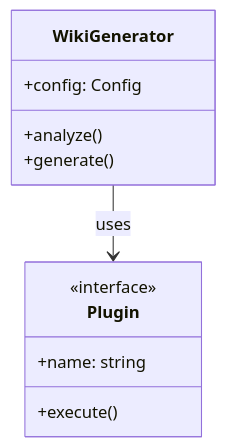
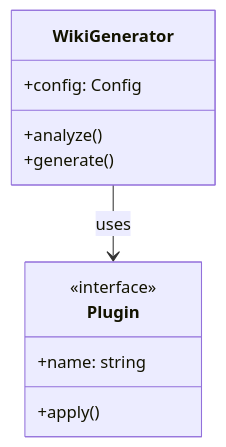
One commit to trsoliu/mini-wiki changed the first of 2 diagrams in plugins/diagram-plus/PLUGIN.md. Above: the diagram before and after it, drawn with Mermaid. The commit also changed other lines of this file and 159 other files, not shown here.

````diff
--- a/plugins/diagram-plus/PLUGIN.md
+++ b/plugins/diagram-plus/PLUGIN.md
@@ -40,14 +40,14 @@
 ```mermaid
 classDiagram
     class WikiGenerator {
         +config: Config
         +analyze()
         +generate()
     }
     class Plugin {
         <<interface>>
         +name: string
-        +execute()
+        +apply()
     }
     WikiGenerator --> Plugin : uses
 ```
````
